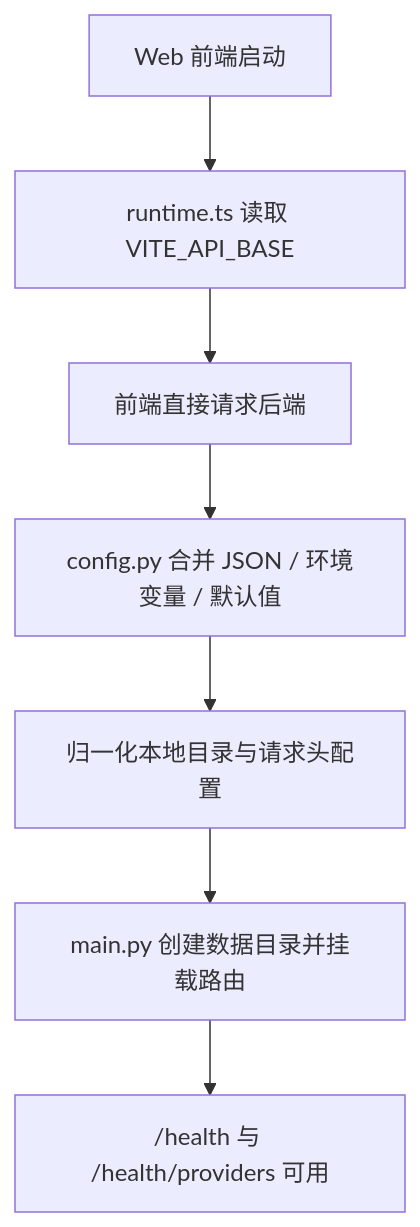
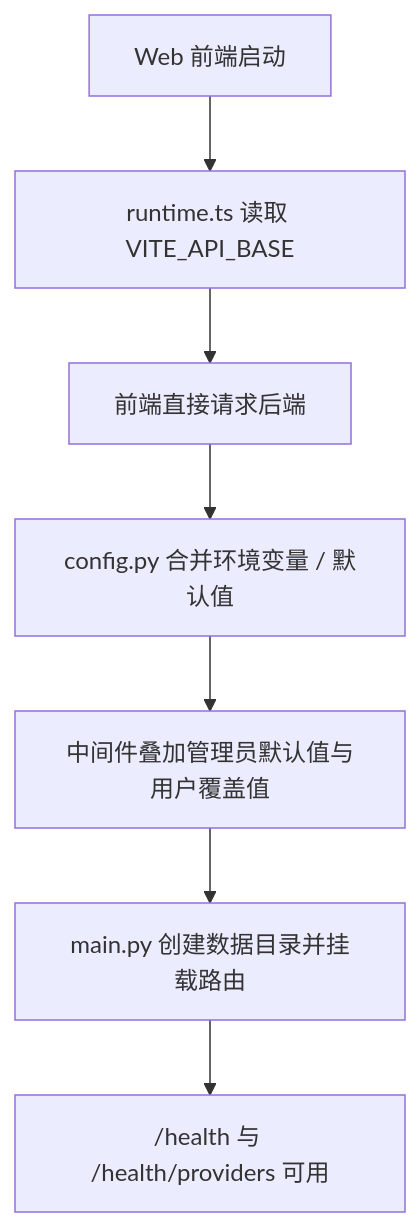
Before and after one commit to emotion-exit/rag-agent: the first of 9 diagrams in docs/项目执行流程分析.md, drawn with Mermaid. The commit also changed other lines of this file and 13 other files, not shown here.

````diff
--- a/docs/项目执行流程分析.md
+++ b/docs/项目执行流程分析.md
@@ -85,9 +89,9 @@
 ```mermaid
 flowchart TD
   A["Web 前端启动"] --> B["runtime.ts 读取 VITE_API_BASE"]
   B --> C["前端直接请求后端"]
-  C --> D["config.py 合并 JSON / 环境变量 / 默认值"]
-  D --> E["归一化本地目录与请求头配置"]
+  C --> D["config.py 合并环境变量 / 默认值"]
+  D --> E["中间件叠加管理员默认值与用户覆盖值"]
   E --> F["main.py 创建数据目录并挂载路由"]
   F --> G["/health 与 /health/providers 可用"]
 ```
````
